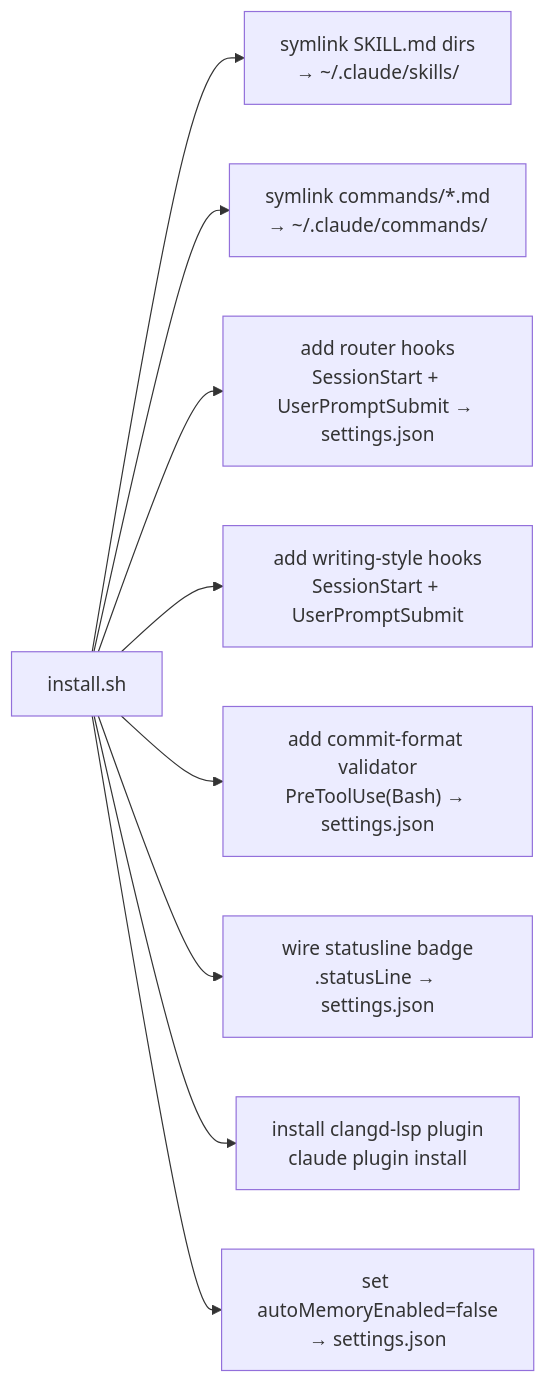
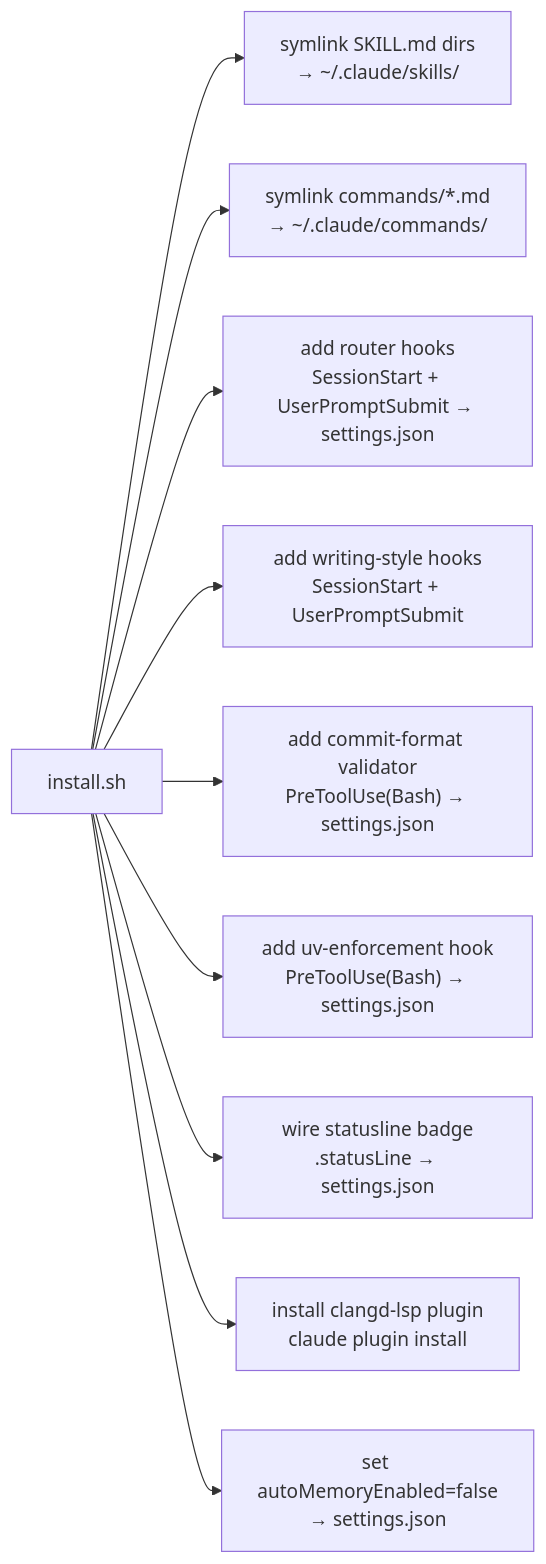
The first of 3 diagrams in README.md (ubunish/nish-ai), drawn with Mermaid before and after one commit. The commit also changed other lines of this file, not shown here.

````diff
--- a/README.md
+++ b/README.md
@@ -85,11 +91,12 @@
 ```mermaid
 flowchart LR
     I["install.sh"] --> S["symlink SKILL.md dirs<br/>→ ~/.claude/skills/"]
     I --> C["symlink commands/*.md<br/>→ ~/.claude/commands/"]
     I --> HR["add router hooks<br/>SessionStart + UserPromptSubmit → settings.json"]
     I --> HS["add writing-style hooks<br/>SessionStart + UserPromptSubmit"]
     I --> HV["add commit-format validator<br/>PreToolUse(Bash) → settings.json"]
+    I --> HU["add uv-enforcement hook<br/>PreToolUse(Bash) → settings.json"]
     I --> SL["wire statusline badge<br/>.statusLine → settings.json"]
     I --> PL["install clangd-lsp plugin<br/>claude plugin install"]
     I --> M["set autoMemoryEnabled=false<br/>→ settings.json"]
 ```
````
